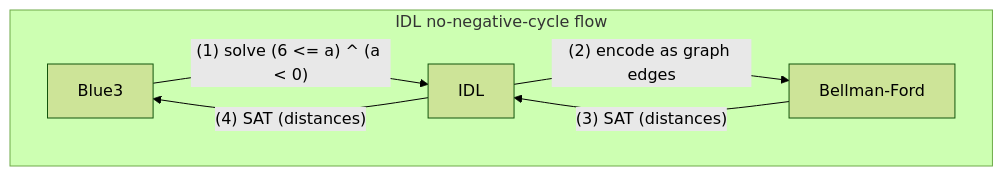
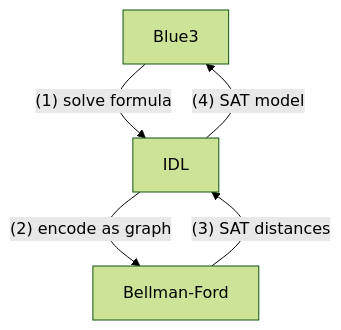
One commit to bathan1/caprice-lang changed the sixth of 9 diagrams in docs/blue3_report/programming_blue3.md. Above: the diagram before and after it, drawn with Mermaid (forest theme). The commit also changed other lines of this file and 9 other files, not shown here.

````diff
--- a/docs/blue3_report/programming_blue3.md
+++ b/docs/blue3_report/programming_blue3.md
@@ -629,13 +355,5 @@
 ```mermaid
 flowchart TD
-    subgraph IDL["IDL no-negative-cycle flow"]
-        B["Blue3"]
-        I["IDL"]
-        BF["Bellman-Ford"]
-
-        B -->|"(1) solve (6 <= a) ^ (a < 0)"| I
-        I -->|"(2) encode as graph edges"| BF
-        BF -->|"(3) SAT (distances)"| I
-        I -->|"(4) SAT (distances)"| B
-    end
+  B["Blue3"] -->|"(1) solve formula"| I["IDL"] -->|"(2) encode as graph"| BF["Bellman-Ford"]
+  BF -->|"(3) SAT distances"| I -->|"(4) SAT model"| B
 ```
````
